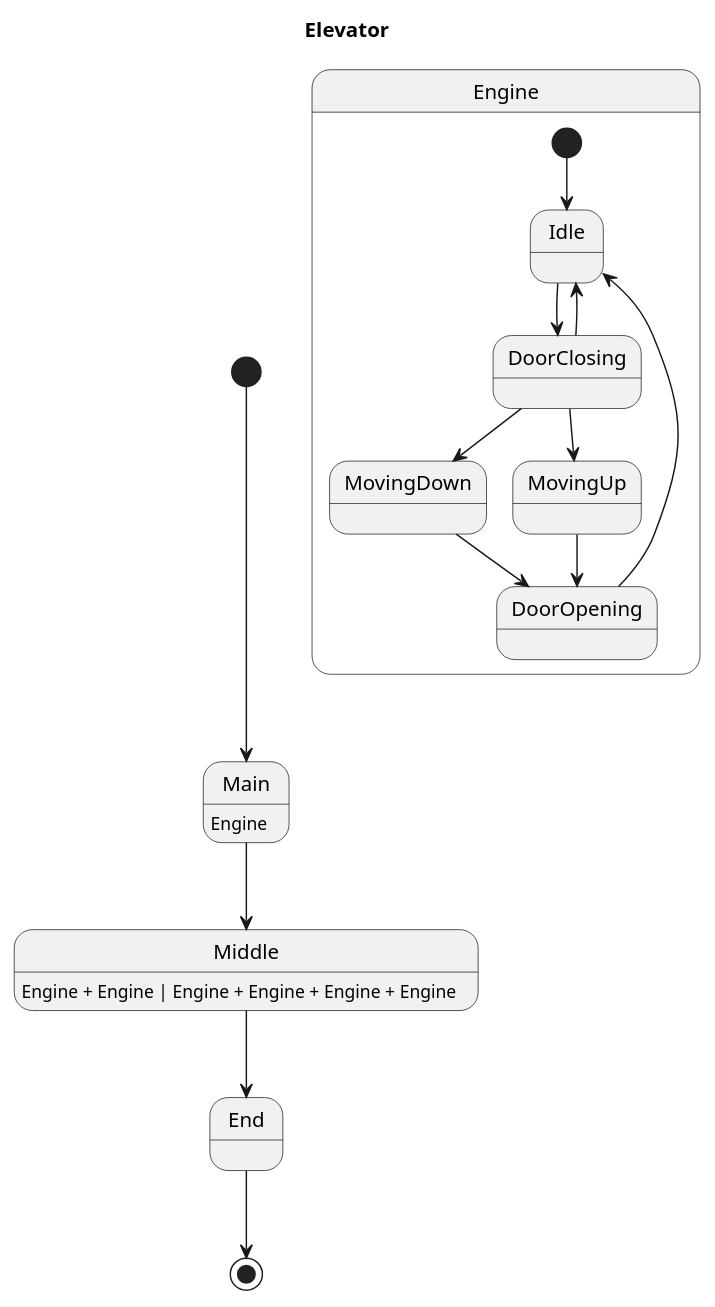
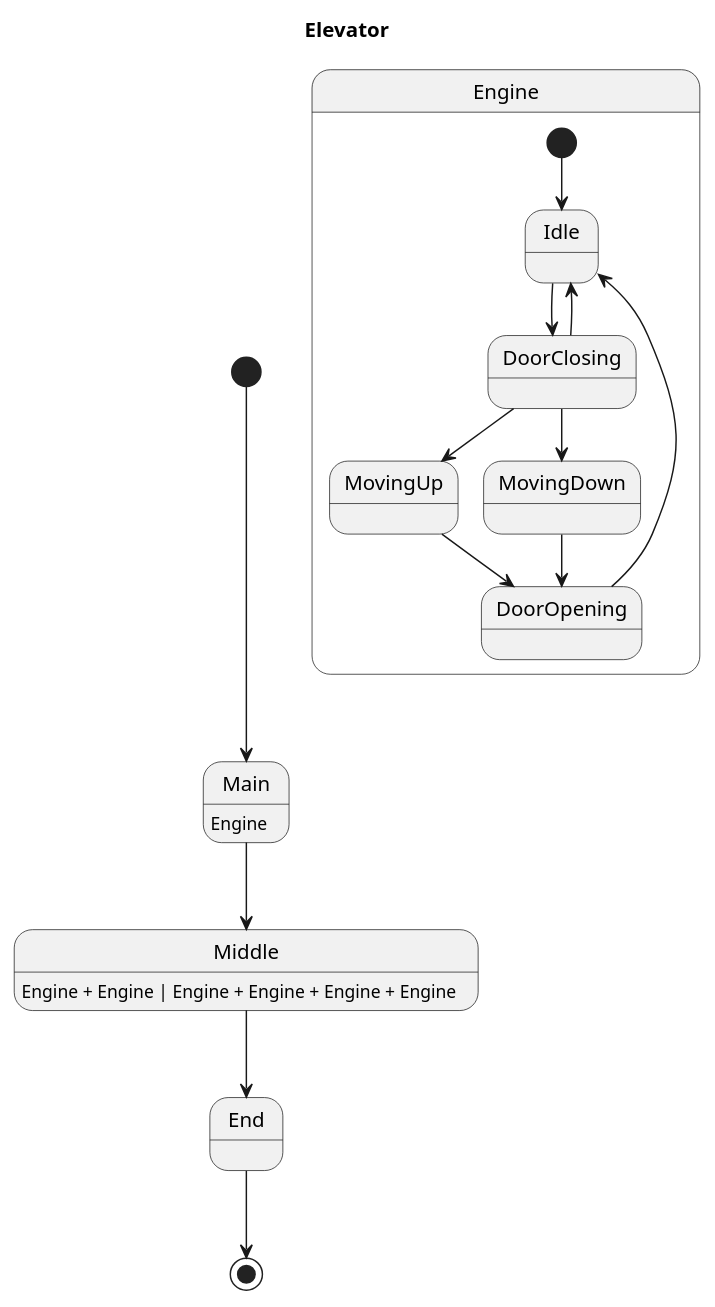
Before and after one commit to Pastor/Takt: the diagram in examples/generated/plantuml/elevator.puml, drawn with PlantUML. The commit also changed other lines of this file and 4 other files, not shown here.

```diff
--- a/examples/generated/plantuml/elevator.puml
+++ b/examples/generated/plantuml/elevator.puml
@@ -1,22 +1,22 @@
 @startuml
 title Elevator
 
 [*] --> Main
+Middle : Engine + Engine | Engine + Engine + Engine + Engine
+Middle --> End
 End --> [*]
 Main : Engine
 Main --> Middle
-Middle : Engine + Engine | Engine + Engine + Engine + Engine
-Middle --> End
 
 state Engine {
     [*] --> Idle
-    MovingDown --> DoorOpening
-    Idle --> DoorClosing
     MovingUp --> DoorOpening
     DoorClosing --> Idle
     DoorClosing --> MovingUp
     DoorClosing --> MovingDown
+    MovingDown --> DoorOpening
+    Idle --> DoorClosing
     DoorOpening --> Idle
 }
 
 @enduml
```
